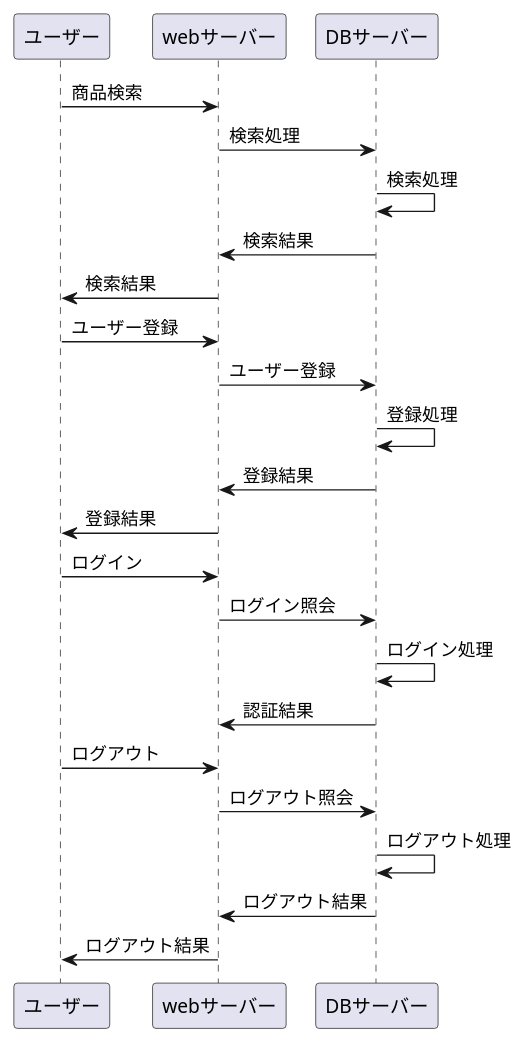
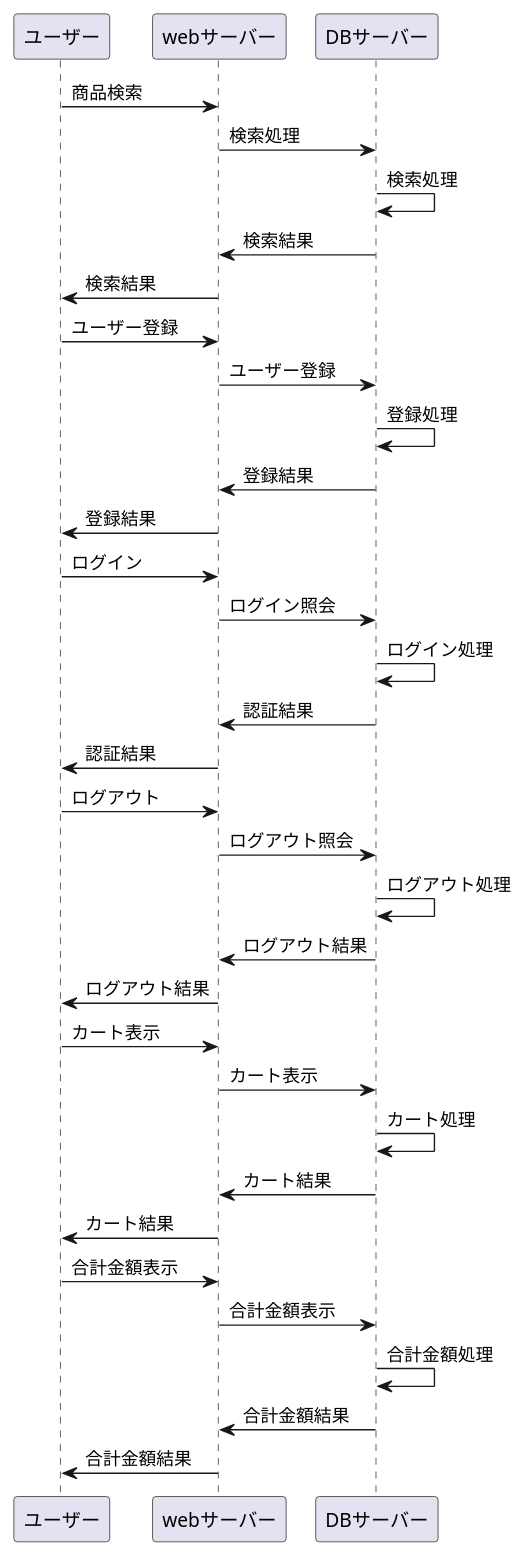
The diagram in サイト業務フロー.md (Aso2001142/2021sys-design), drawn with PlantUML before and after one commit.

````diff
--- a/サイト業務フロー.md
+++ b/サイト業務フロー.md
@@ -1,29 +1,42 @@
 ```uml
 @startuml
 ユーザー -> webサーバー : 商品検索
 webサーバー -> DBサーバー : 検索処理
 DBサーバー -> DBサーバー : 検索処理
 DBサーバー -> webサーバー : 検索結果
 webサーバー -> ユーザー : 検索結果
 
 
 ユーザー -> webサーバー : ユーザー登録
 webサーバー -> DBサーバー : ユーザー登録
 DBサーバー -> DBサーバー : 登録処理
 DBサーバー -> webサーバー : 登録結果
 webサーバー -> ユーザー : 登録結果
 
 ユーザー -> webサーバー : ログイン
 webサーバー -> DBサーバー : ログイン照会
 DBサーバー -> DBサーバー : ログイン処理
 DBサーバー -> webサーバー : 認証結果
+webサーバー -> ユーザー : 認証結果
 
 ユーザー -> webサーバー : ログアウト
 webサーバー -> DBサーバー : ログアウト照会
 DBサーバー -> DBサーバー : ログアウト処理
 DBサーバー -> webサーバー : ログアウト結果
 webサーバー -> ユーザー : ログアウト結果
 
+ユーザー -> webサーバー : カート表示
+webサーバー -> DBサーバー : カート表示
+DBサーバー -> DBサーバー : カート処理
+DBサーバー -> webサーバー : カート結果
+webサーバー -> ユーザー : カート結果
+
+ユーザー -> webサーバー : 合計金額表示
+webサーバー -> DBサーバー : 合計金額表示
+DBサーバー -> DBサーバー : 合計金額処理
+DBサーバー -> webサーバー : 合計金額結果
+webサーバー -> ユーザー : 合計金額結果
+
 
 @enduml
 ```
````
